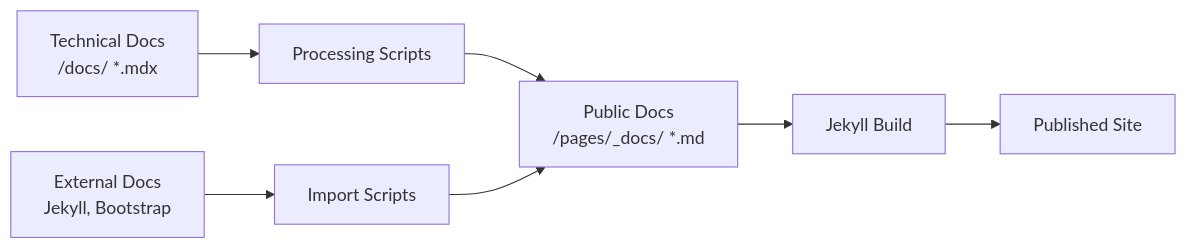
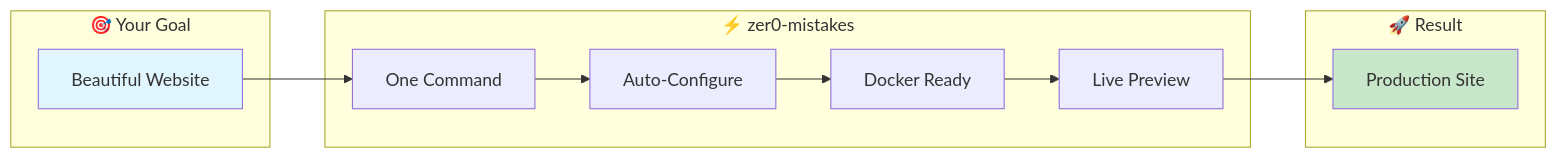
Before and after one commit to bamr87/zer0-CMS: the first of 13 diagrams in packages/zer0-mistakes/README.md, drawn with Mermaid. The commit also changed other lines of this file and 22 other files, not shown here.

````diff
--- a/packages/zer0-mistakes/README.md
+++ b/packages/zer0-mistakes/README.md
@@ -288,9 +78,22 @@
 ```mermaid
 graph LR
-    A[Technical Docs<br/>/docs/ *.mdx] --> B[Processing Scripts]
-    B --> C[Public Docs<br/>/pages/_docs/ *.md]
-    D[External Docs<br/>Jekyll, Bootstrap] --> E[Import Scripts]
-    E --> C
-    C --> F[Jekyll Build]
-    F --> G[Published Site]
+    subgraph "🎯 Your Goal"
+        A[Beautiful Website]
+    end
+    
+    subgraph "⚡ zer0-mistakes"
+        B[One Command] --> C[Auto-Configure]
+        C --> D[Docker Ready]
+        D --> E[Live Preview]
+    end
+    
+    subgraph "🚀 Result"
+        F[Production Site]
+    end
+    
+    A --> B
+    E --> F
+    
+    style A fill:#e1f5fe
+    style F fill:#c8e6c9
 ```
````
